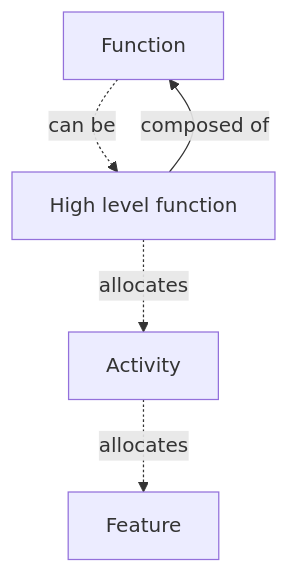
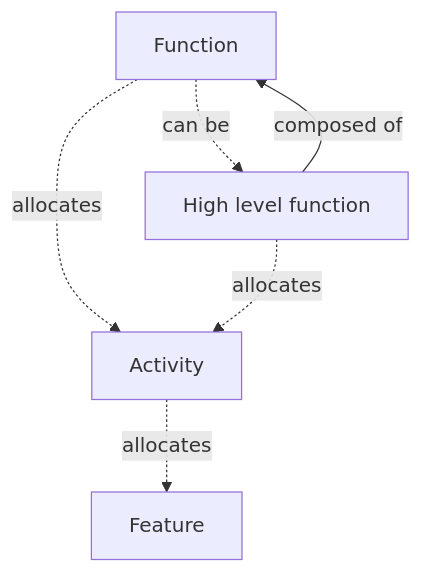
One commit to 3se-framework/3se-onto changed the first of 7 diagrams in glossary.md. Above: the diagram before and after it, drawn with Mermaid. The commit also changed other lines of this file, not shown here.

````diff
--- a/glossary.md
+++ b/glossary.md
@@ -780,12 +788,13 @@
 ```mermaid
 flowchart TD
     N1["Activity"]
     N2["Feature"]
     N3["Function"]
     N4["High level function"]
 
     N1 -.->|allocates| N2
+    N3 -.->|allocates| N1
     N3 -.->|can be| N4
     N4 -->|composed of| N3
     N4 -.->|allocates| N1
 ```
````
